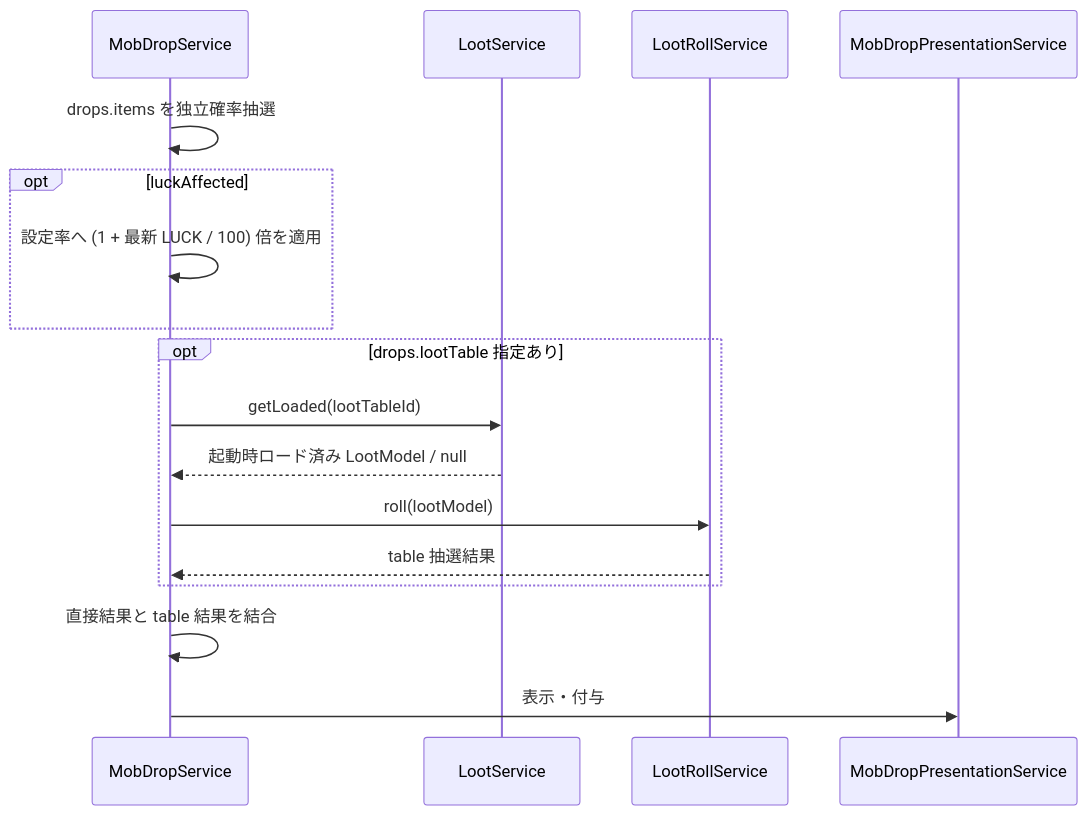
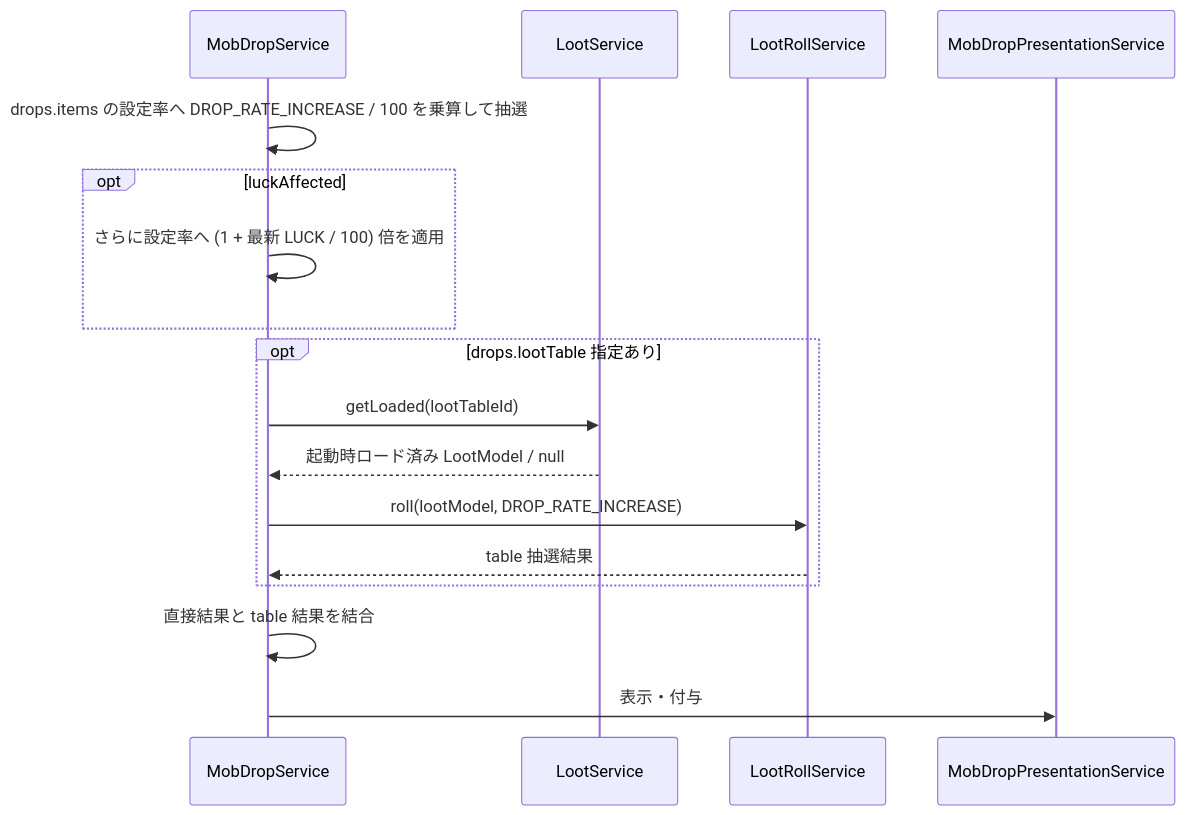
The fifth of 5 diagrams in 00_docs/10_Plugin設計書/feature/06-loot/06_4-統合フロー.md (maaasu/AstralRecord-Workspace), drawn with Mermaid before and after one commit. The commit also changed other lines of this file and 24 other files, not shown here.

````diff
--- a/00_docs/10_Plugin設計書/feature/06-loot/06_4-統合フロー.md
+++ b/00_docs/10_Plugin設計書/feature/06-loot/06_4-統合フロー.md
@@ -122,20 +123,20 @@
 ```mermaid
 sequenceDiagram
     participant D as MobDropService
     participant S as LootService
     participant R as LootRollService
     participant P as MobDropPresentationService
 
-    D->>D: drops.items を独立確率抽選
+    D->>D: drops.items の設定率へ DROP_RATE_INCREASE / 100 を乗算して抽選
     opt luckAffected
-        D->>D: 設定率へ (1 + 最新 LUCK / 100) 倍を適用
+        D->>D: さらに設定率へ (1 + 最新 LUCK / 100) 倍を適用
     end
     opt drops.lootTable 指定あり
         D->>S: getLoaded(lootTableId)
         S-->>D: 起動時ロード済み LootModel / null
-        D->>R: roll(lootModel)
+        D->>R: roll(lootModel, DROP_RATE_INCREASE)
         R-->>D: table 抽選結果
     end
     D->>D: 直接結果と table 結果を結合
     D->>P: 表示・付与
 ```
````
